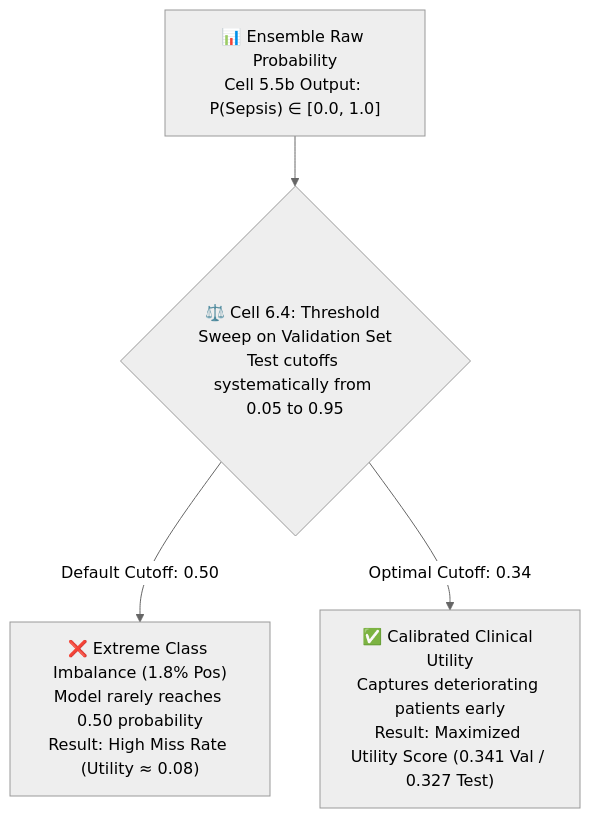
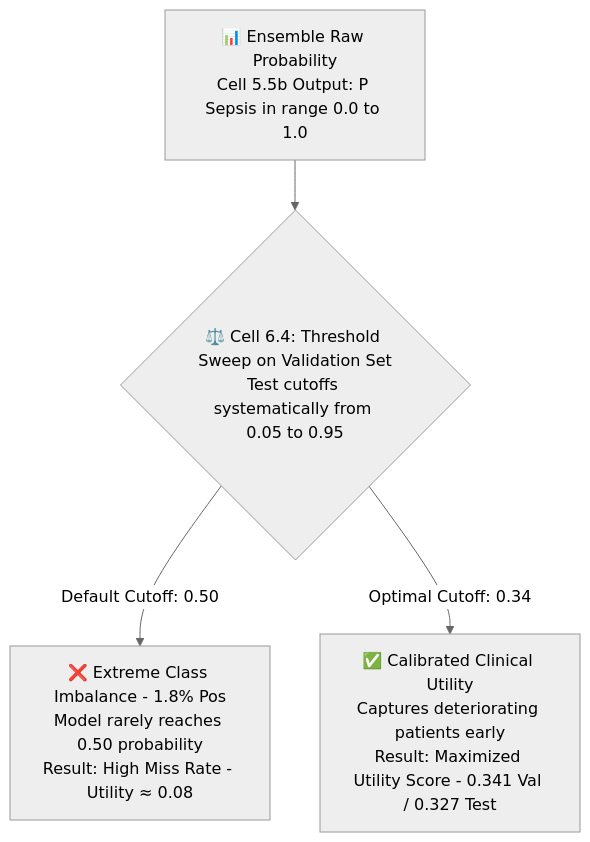
The fourth of 4 diagrams in Data_Flow_and_Decision_Making.md (MS-SE-Forge/Sepsis-Early-Warning-ML-Project), drawn with Mermaid (neutral theme) before and after one commit. The commit also changed other lines of this file, not shown here.

Commit message:
docs: normalize diagram labels and streamline data loading code in notebook

````diff
--- a/Data_Flow_and_Decision_Making.md
+++ b/Data_Flow_and_Decision_Making.md
@@ -93,8 +93,8 @@
 ```mermaid
 graph TD
-    Prob["📊 Ensemble Raw Probability<br/>Cell 5.5b Output: P(Sepsis) ∈ [0.0, 1.0]"] --> Sweep{"⚖️ Cell 6.4: Threshold Sweep on Validation Set<br/>Test cutoffs systematically from 0.05 to 0.95"}
+    Prob["📊 Ensemble Raw Probability<br/>Cell 5.5b Output: P Sepsis in range 0.0 to 1.0"] --> Sweep{"⚖️ Cell 6.4: Threshold Sweep on Validation Set<br/>Test cutoffs systematically from 0.05 to 0.95"}
     
-    Sweep -->|Default Cutoff: 0.50| Fail["❌ Extreme Class Imbalance (1.8% Pos)<br/>Model rarely reaches 0.50 probability<br/>Result: High Miss Rate (Utility ≈ 0.08)"]
+    Sweep -->|Default Cutoff: 0.50| Fail["❌ Extreme Class Imbalance - 1.8% Pos<br/>Model rarely reaches 0.50 probability<br/>Result: High Miss Rate - Utility ≈ 0.08"]
     
-    Sweep -->|Optimal Cutoff: 0.34| Win["✅ Calibrated Clinical Utility<br/>Captures deteriorating patients early<br/>Result: Maximized Utility Score (0.341 Val / 0.327 Test)"]
+    Sweep -->|Optimal Cutoff: 0.34| Win["✅ Calibrated Clinical Utility<br/>Captures deteriorating patients early<br/>Result: Maximized Utility Score - 0.341 Val / 0.327 Test"]
 ```
````
